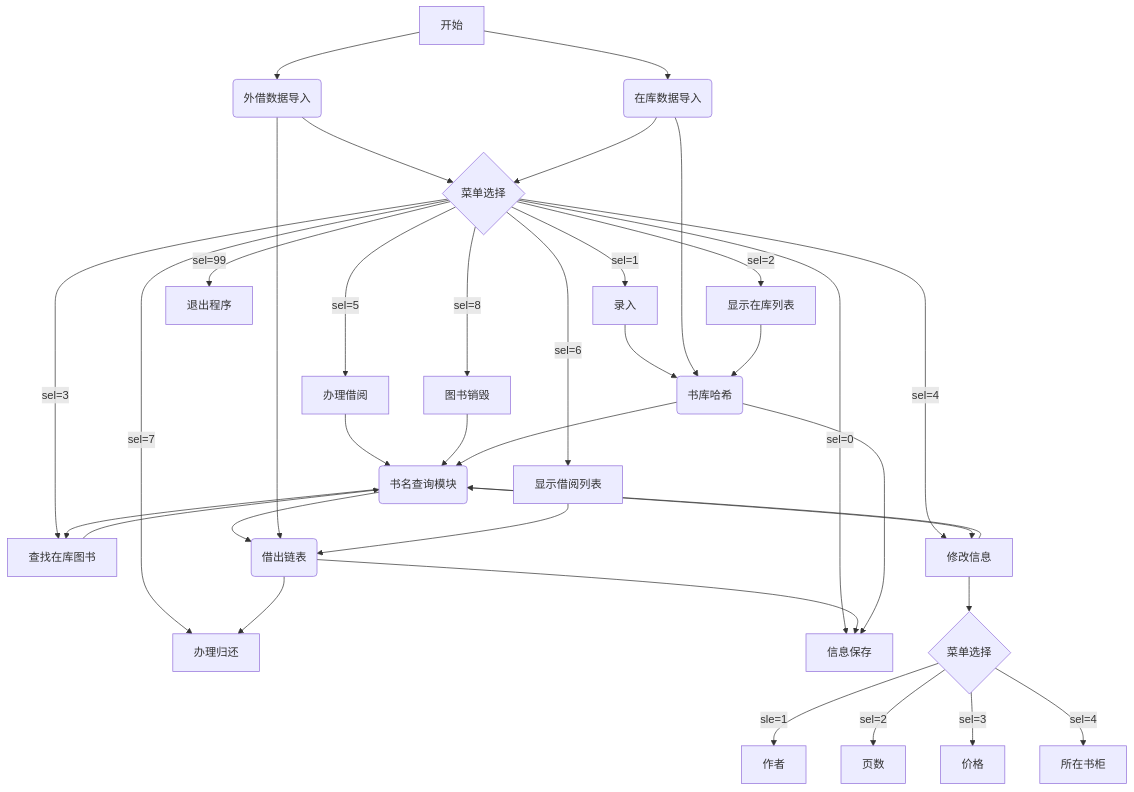
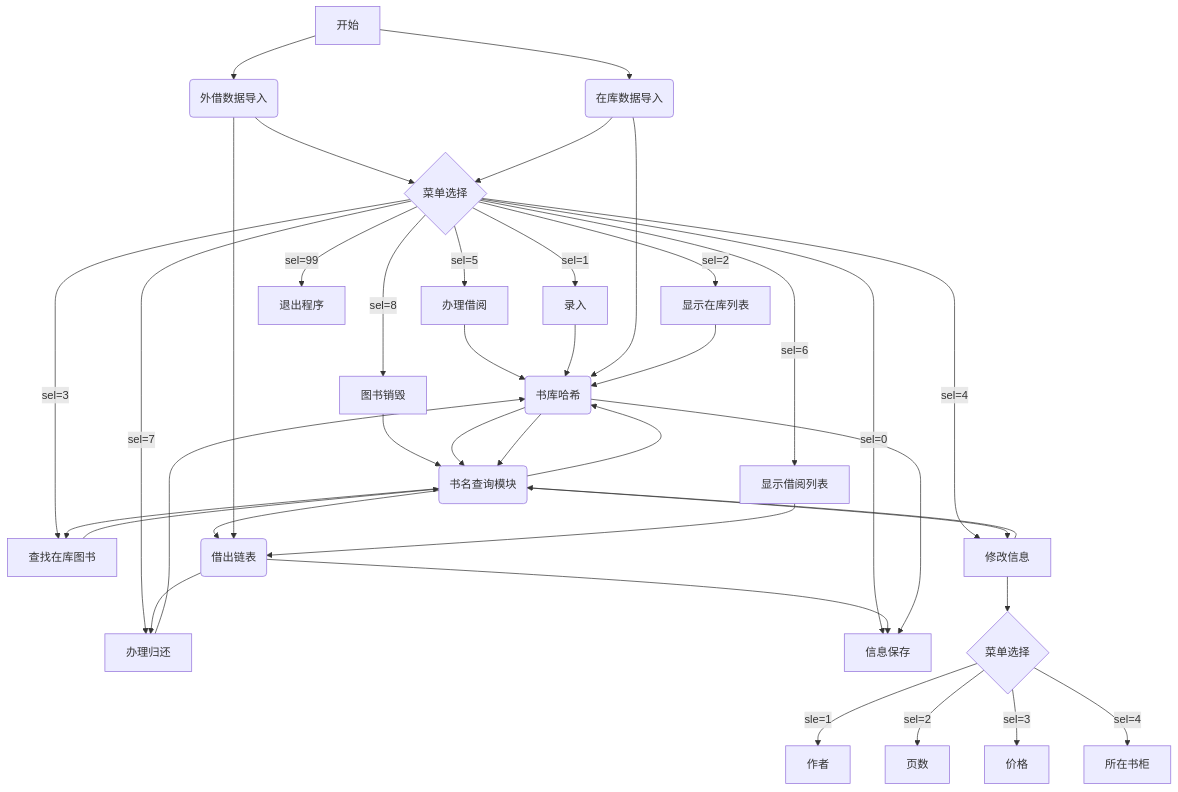
The diagram in data_str/6-1/图书管理系统.md (lishijm/learn_es), drawn with Mermaid before and after one commit. The commit also changed 2 other files, not shown here.

````diff
--- a/data_str/6-1/图书管理系统.md
+++ b/data_str/6-1/图书管理系统.md
@@ -13,38 +13,37 @@
 ```mermaid
 graph TD
 A[开始]-->B(在库数据导入)
 A-->D(外借数据导入)
 D-->E{菜单选择}
 B-->E{菜单选择}
 E-->|sel=1|F[录入]
 E-->|sel=2|G[显示在库列表]
 E-->|sel=3|H[查找在库图书]
 E-->|sel=4|I[修改信息]
 E-->|sel=5|J[办理借阅]
 E-->|sel=6|K[显示借阅列表]
 E-->|sel=7|L[办理归还]
 E-->|sel=8|M[图书销毁]
 E-->|sel=0|N[信息保存]
 E-->|sel=99|O[退出程序]
 H-->P(书名查询模块)
-I-->P
-J-->P
+I-->P-->X
 M-->P
 P-->H
 P-->I
 I-->R{菜单选择}
 R-->|sle=1|S[作者]
 R-->|sel=2|T[页数]
 R-->|sel=3|U[价格]
 R-->|sel=4|V[所在书柜]
-P-->W(借出链表)
-W-->L
+J-->X-->P-->W(借出链表)
+W-->L-->X
 F-->X(书库哈希)
 X-->P
 B-->X
 D-->W
 G-->X
 K-->W
 W-->N
 X-->N
 ```
````
